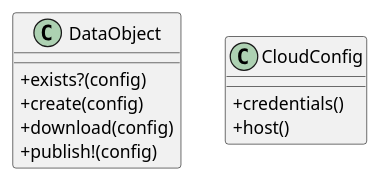
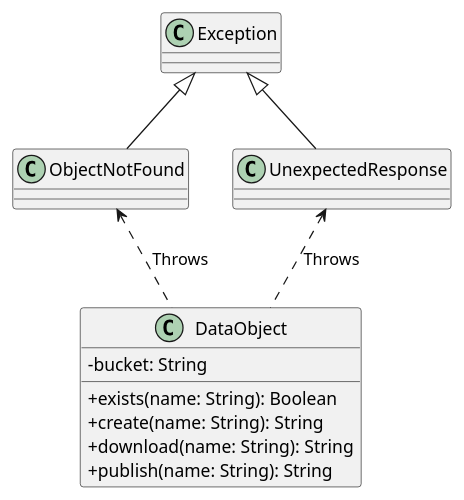
One commit to CPNV-ES-BI/BI_ELIXIR_AWS changed the diagram in docs/uml.plantuml. Above: the diagram before and after it, drawn with PlantUML.

Commit message:
Add missing exceptions to 'class diagram'

```diff
--- a/docs/uml.plantuml
+++ b/docs/uml.plantuml
@@ -1,15 +1,22 @@
-@startuml
+@startuml DataObject
 skinparam classAttributeIconSize 0
 class DataObject {
- +exists?(config)
- +create(config)
- +download(config)
- +publish!(config)
+ -bucket: String
+
+ +exists(name: String): Boolean
+ +create(name: String): String
+ +download(name: String): String
+ +publish(name: String): String
 }
 
-class CloudConfig {
- +credentials()
- +host()
-}
+class Exception
+class ObjectNotFound
+class UnexpectedResponse
+
+Exception <|-- ObjectNotFound
+Exception <|-- UnexpectedResponse
+
+ObjectNotFound <.. DataObject: Throws
+UnexpectedResponse <.. DataObject: Throws
 
 @enduml
```
